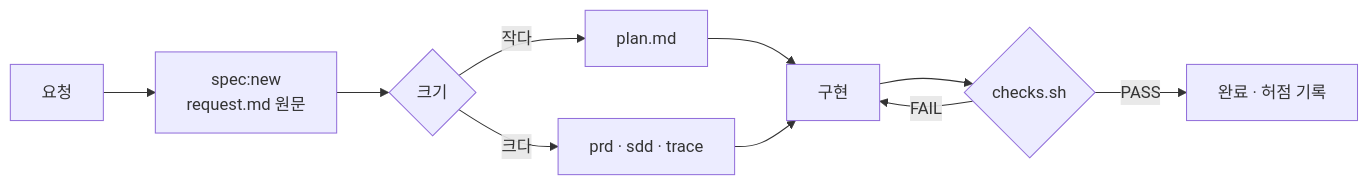
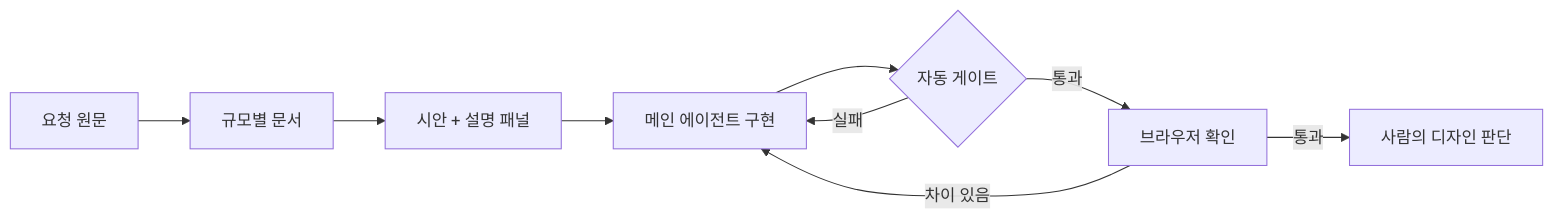
The diagram in README.md (kyungchan3007/Frontend-agent), drawn with Mermaid before and after one commit. The commit also changed other lines of this file and 6 other files, not shown here.

````diff
--- a/README.md
+++ b/README.md
@@ -133,12 +59,11 @@
 ```mermaid
 flowchart LR
-    A[요청] --> B[spec:new<br/>request.md 원문]
-    B --> Q{크기}
-    Q -- 작다 --> C[plan.md]
-    Q -- 크다 --> D[prd · sdd · trace]
-    C --> E[구현]
-    D --> E
-    E --> F{checks.sh}
-    F -- FAIL --> E
-    F -- PASS --> G[완료 · 허점 기록]
+    A[요청 원문] --> B[규모별 문서]
+    B --> C[시안 + 설명 패널]
+    C --> D[메인 에이전트 구현]
+    D --> E{자동 게이트}
+    E -- 실패 --> D
+    E -- 통과 --> F[브라우저 확인]
+    F -- 차이 있음 --> D
+    F -- 통과 --> G[사람의 디자인 판단]
 ```
````
